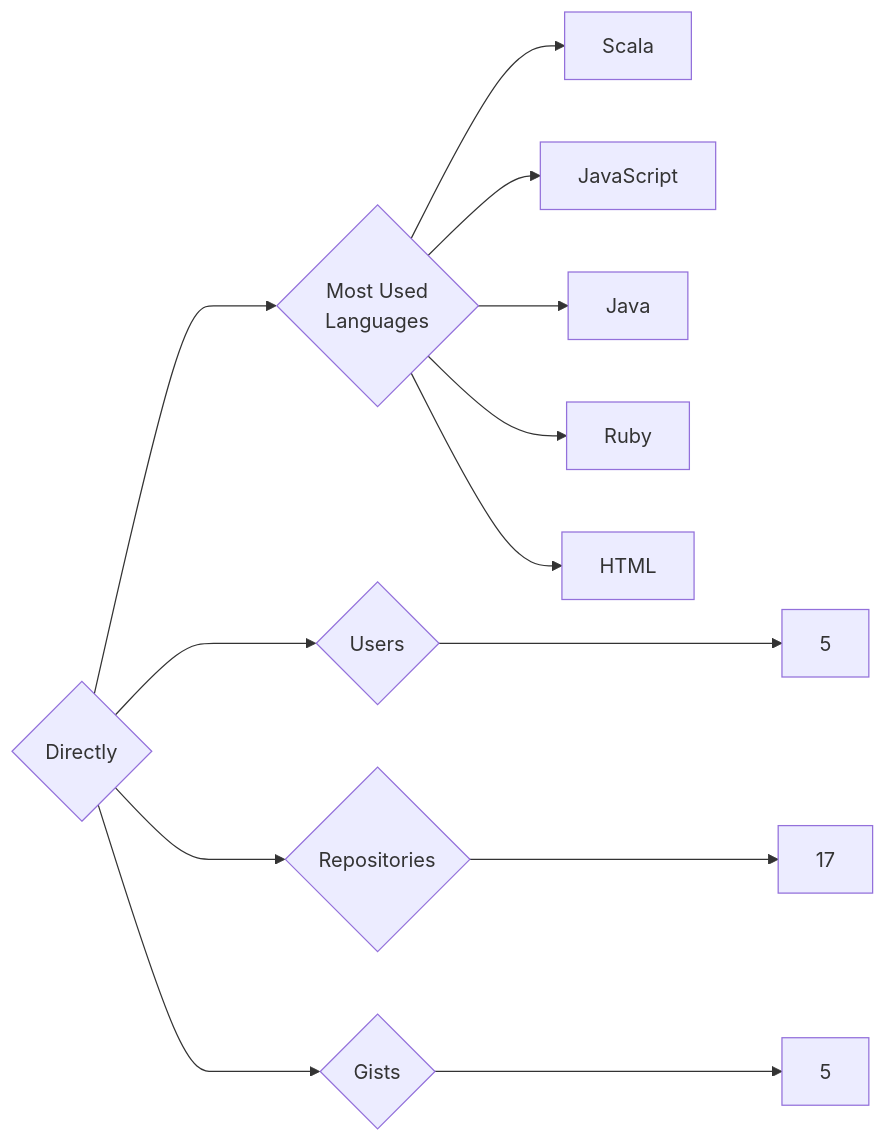
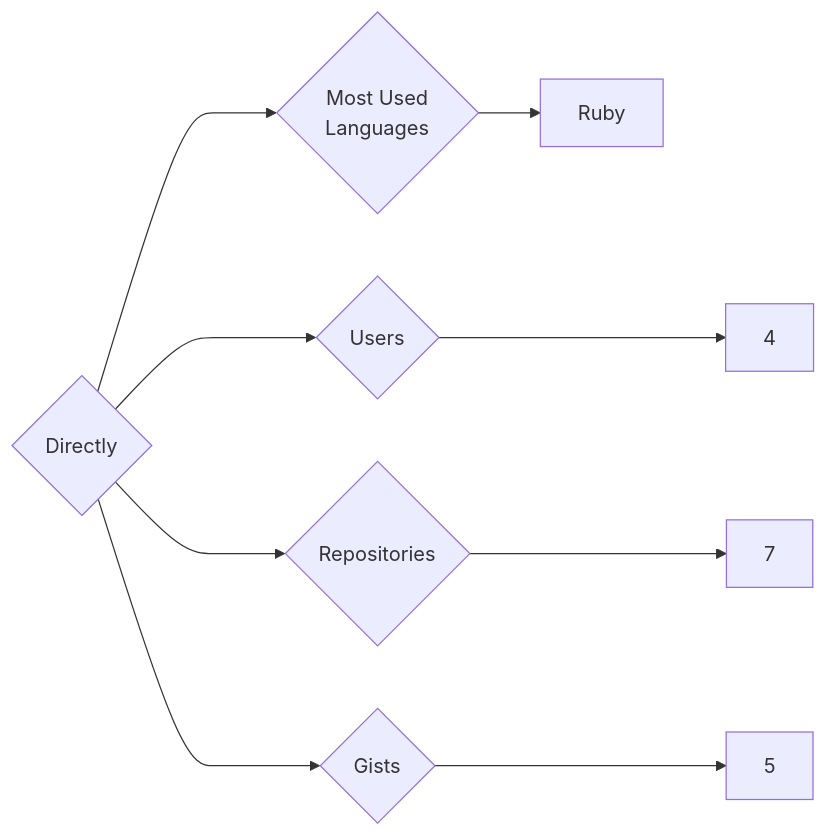
The diagram in targets/Directly/README.md (trickest/insiders), drawn with Mermaid before and after one commit. The commit also changed 783 other files, not shown here.

````diff
--- a/targets/Directly/README.md
+++ b/targets/Directly/README.md
@@ -3,13 +3,9 @@
 ```mermaid
 graph LR
 COMPANY_NAME{Directly}
-COMPANY_NAME ---> U{Users} ---> UN[5]
-COMPANY_NAME ---> R{Repositories} ---> RN[17]
+COMPANY_NAME ---> U{Users} ---> UN[4]
+COMPANY_NAME ---> R{Repositories} ---> RN[7]
 COMPANY_NAME ---> G{Gists} ---> GN[5]
 COMPANY_NAME ---> ML{Most Used<br>Languages}
-ML --> Scala[Scala]
-ML --> JavaScript[JavaScript]
-ML --> Java[Java]
 ML --> Ruby[Ruby]
-ML --> HTML[HTML]
 ```
````
